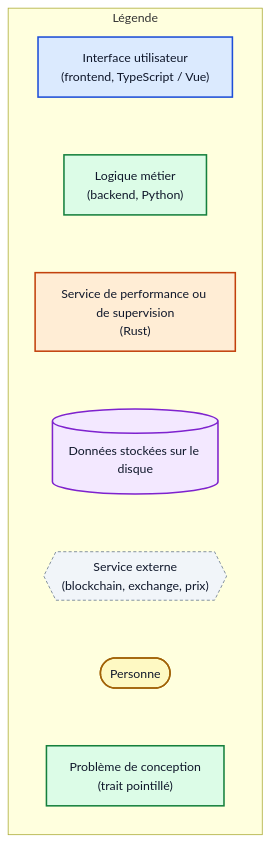
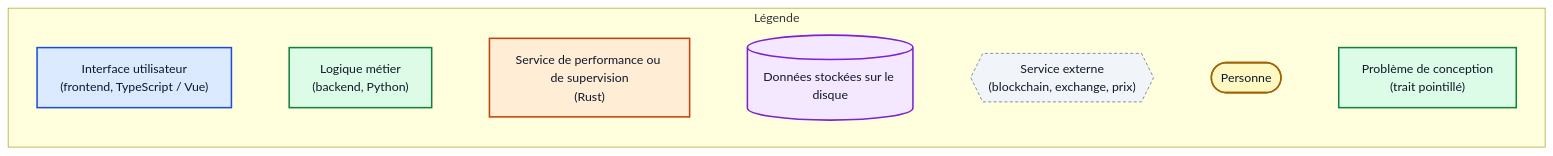
Before and after one commit to johnvincent4/rotki: the first of 14 diagrams in docs/designs/architecture_diagrams.md, drawn with Mermaid. The commit also changed other lines of this file, not shown here.

Commit message:
docs: horizontal legend layout and clarify dependency arrows in diagrams

````diff
--- a/docs/designs/architecture_diagrams.md
+++ b/docs/designs/architecture_diagrams.md
@@ -17,21 +17,21 @@
 ```mermaid
 flowchart LR
     subgraph LEG ["Légende"]
-        direction TB
+        direction LR
         L1["Interface utilisateur<br/>(frontend, TypeScript / Vue)"]:::front
         L2["Logique métier<br/>(backend, Python)"]:::back
         L3["Service de performance ou de supervision<br/>(Rust)"]:::rust
         L4[("Données stockées sur le disque")]:::data
         L5{{"Service externe<br/>(blockchain, exchange, prix)"}}:::ext
         L6(["Personne"]):::user
         L7["Problème de conception<br/>(trait pointillé)"]:::back
     end
     L1 ~~~ L2 ~~~ L3 ~~~ L4 ~~~ L5 ~~~ L6 ~~~ L7
 
     classDef front fill:#dbeafe,stroke:#1d4ed8,color:#0f172a,stroke-width:2px
     classDef back fill:#dcfce7,stroke:#15803d,color:#0f172a,stroke-width:2px
     classDef rust fill:#ffedd5,stroke:#c2410c,color:#0f172a,stroke-width:2px
     classDef data fill:#f3e8ff,stroke:#7e22ce,color:#0f172a,stroke-width:2px
     classDef ext fill:#f1f5f9,stroke:#64748b,color:#0f172a,stroke-dasharray:4 3
     classDef user fill:#fef9c3,stroke:#a16207,color:#0f172a,stroke-width:2px
 ```
````
